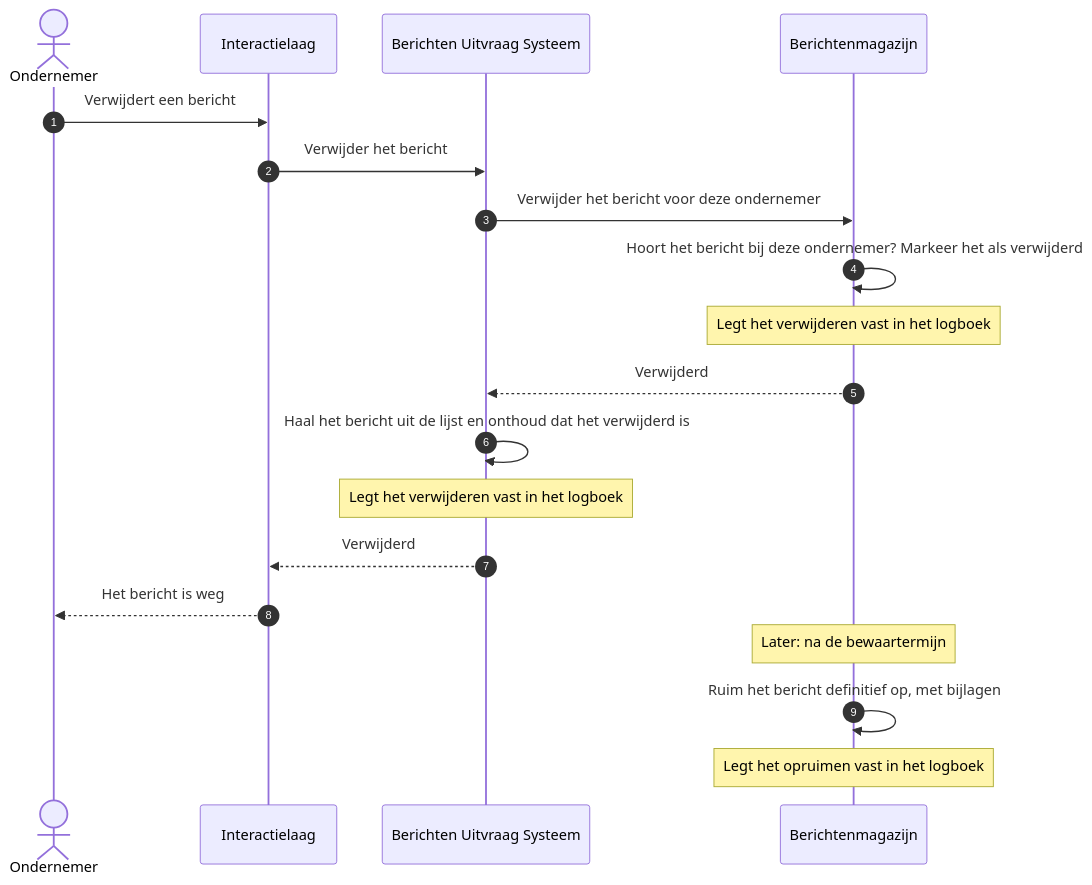
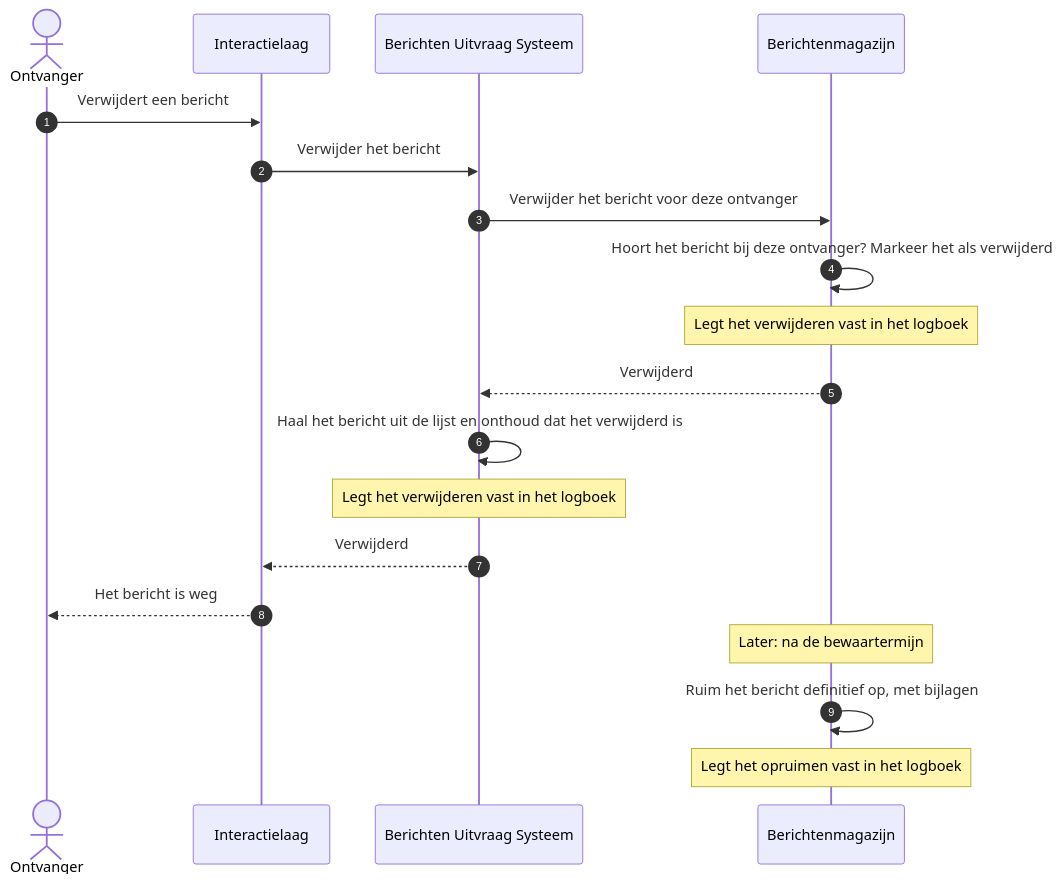
The diagram in docs/architecture/workspace-docs/12-uc8-bericht-verwijderen.md (MinBZK/moza-poc-fbs-berichtenbox), drawn with Mermaid before and after one commit. The commit also changed other lines of this file and 15 other files, not shown here.

First line of the commit message:
docs(architectuur): use cases generiek voor burgers en ondernemers

````diff
--- a/docs/architecture/workspace-docs/12-uc8-bericht-verwijderen.md
+++ b/docs/architecture/workspace-docs/12-uc8-bericht-verwijderen.md
@@ -25,23 +25,23 @@
 ```mermaid
 sequenceDiagram
     autonumber
-    actor OND as Ondernemer
+    actor ONT as Ontvanger
     participant IL as Interactielaag
     participant FBS as Berichten Uitvraag Systeem
     participant MAG as Berichtenmagazijn
 
-    OND->>IL: Verwijdert een bericht
+    ONT->>IL: Verwijdert een bericht
     IL->>FBS: Verwijder het bericht
-    FBS->>MAG: Verwijder het bericht voor deze ondernemer
-    MAG->>MAG: Hoort het bericht bij deze ondernemer? Markeer het als verwijderd
+    FBS->>MAG: Verwijder het bericht voor deze ontvanger
+    MAG->>MAG: Hoort het bericht bij deze ontvanger? Markeer het als verwijderd
     Note over MAG: Legt het verwijderen vast in het logboek
     MAG-->>FBS: Verwijderd
     FBS->>FBS: Haal het bericht uit de lijst en onthoud dat het verwijderd is
     Note over FBS: Legt het verwijderen vast in het logboek
     FBS-->>IL: Verwijderd
-    IL-->>OND: Het bericht is weg
+    IL-->>ONT: Het bericht is weg
 
     Note over MAG: Later: na de bewaartermijn
     MAG->>MAG: Ruim het bericht definitief op, met bijlagen
     Note over MAG: Legt het opruimen vast in het logboek
 ```
````
